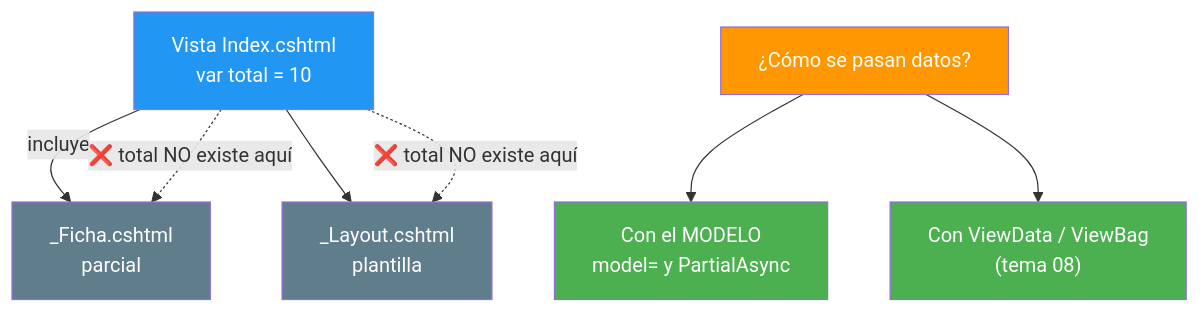
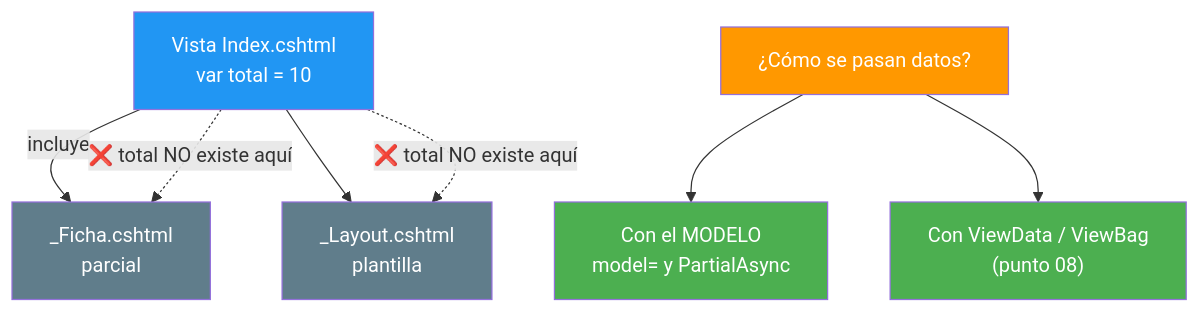
Before and after one commit to joseluisgs/DesarrolloWebEntornosServidor-03-2026-2027: the sixth of 6 diagrams in 02-directivas-sintaxis.md, drawn with Mermaid. The commit also changed other lines of this file and 24 other files, not shown here.

````diff
--- a/02-directivas-sintaxis.md
+++ b/02-directivas-sintaxis.md
@@ -597,18 +597,18 @@
 ```mermaid
 graph TD
     A["Vista Index.cshtml<br/>var total = 10"] -->|"incluye"| B["_Ficha.cshtml<br/>parcial"]
     A --> C["_Layout.cshtml<br/>plantilla"]
 
     A -.->|"❌ total NO existe aquí"| B
     A -.->|"❌ total NO existe aquí"| C
 
     D["¿Cómo se pasan datos?"] --> E["Con el MODELO<br/>model= y PartialAsync"]
-    D --> F["Con ViewData / ViewBag<br/>(tema 08)"]
+    D --> F["Con ViewData / ViewBag<br/>(punto 08)"]
 
     style A fill:#2196F3,color:#fff
     style B fill:#607D8B,color:#fff
     style C fill:#607D8B,color:#fff
     style D fill:#FF9800,color:#fff
     style E fill:#4CAF50,color:#fff
     style F fill:#4CAF50,color:#fff
 ```
````
